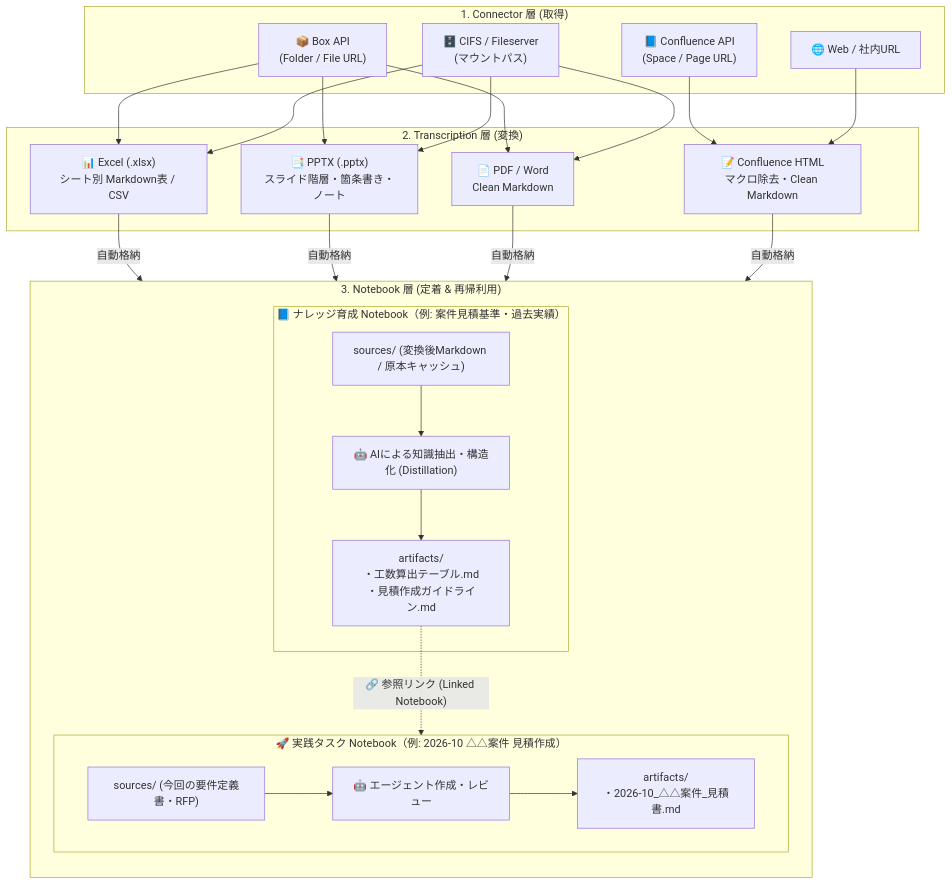
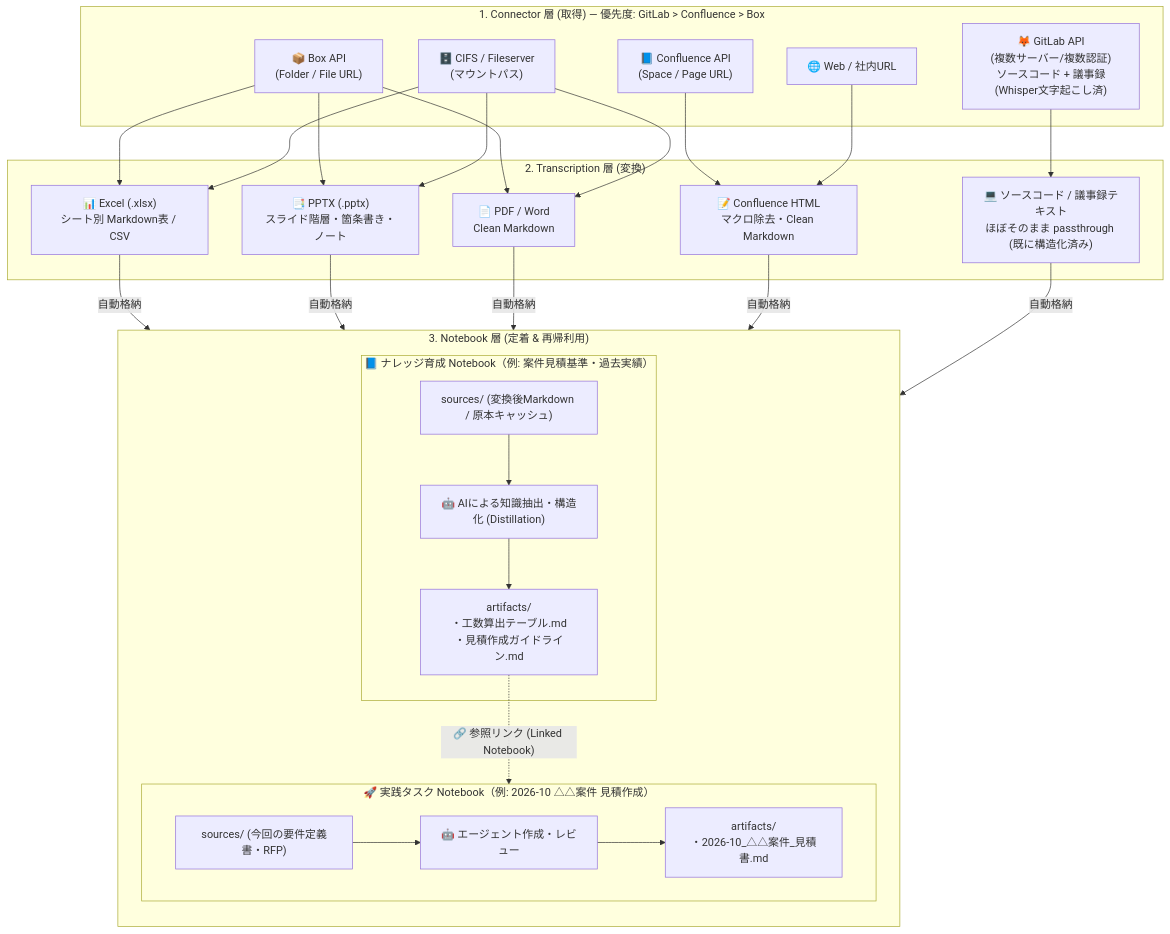
One commit to hatomachi/obsidian-ai-notebook changed the first of 2 diagrams in design-doc.md. Above: the diagram before and after it, drawn with Mermaid. The commit also changed other lines of this file and 17 other files, not shown here.

````diff
--- a/design-doc.md
+++ b/design-doc.md
@@ -160,42 +160,45 @@
 ```mermaid
 graph TD
-    subgraph Connector_Layer ["1. Connector 層 (取得)"]
+    subgraph Connector_Layer ["1. Connector 層 (取得) — 優先度: GitLab > Confluence > Box"]
+        GITLAB["🦊 GitLab API<br>(複数サーバー/複数認証)<br>ソースコード + 議事録(Whisper文字起こし済)"]
+        CONF["📘 Confluence API<br>(Space / Page URL)"]
         BOX["📦 Box API<br>(Folder / File URL)"]
-        CONF["📘 Confluence API<br>(Space / Page URL)"]
         CIFS["🗄️ CIFS / Fileserver<br>(マウントパス)"]
         WEB["🌐 Web / 社内URL"]
     end
 
     subgraph Transcription_Layer ["2. Transcription 層 (変換)"]
         P_XLS["📊 Excel (.xlsx)<br>シート別 Markdown表 / CSV"]
         P_PPT["📑 PPTX (.pptx)<br>スライド階層・箇条書き・ノート"]
         P_DOC["📄 PDF / Word<br>Clean Markdown"]
         P_CONF["📝 Confluence HTML<br>マクロ除去・Clean Markdown"]
+        P_CODE["💻 ソースコード / 議事録テキスト<br>ほぼそのまま passthrough (既に構造化済み)"]
     end
 
     subgraph Notebook_Layer ["3. Notebook 層 (定着 & 再帰利用)"]
         direction TB
         subgraph KN ["📘 ナレッジ育成 Notebook（例: 案件見積基準・過去実績）"]
             S1["sources/ (変換後Markdown / 原本キャッシュ)"]
             AI1["🤖 AIによる知識抽出・構造化 (Distillation)"]
             A1["artifacts/<br>・工数算出テーブル.md<br>・見積作成ガイドライン.md"]
             S1 --> AI1 --> A1
         end
 
         subgraph TN ["🚀 実践タスク Notebook（例: 2026-10 △△案件 見積作成）"]
             S2["sources/ (今回の要件定義書・RFP)"]
             AI2["🤖 エージェント作成・レビュー"]
             A2["artifacts/<br>・2026-10_△△案件_見積書.md"]
             S2 --> AI2 --> A2
         end
 
         A1 -.->|"🔗 参照リンク (Linked Notebook)"| TN
     end
 
     BOX --> P_XLS & P_PPT & P_DOC
     CONF --> P_CONF
     CIFS --> P_XLS & P_PPT & P_DOC
     WEB --> P_CONF
+    GITLAB --> P_CODE
 
-    P_XLS & P_PPT & P_DOC & P_CONF -->|"自動格納"| S1
+    P_XLS & P_PPT & P_DOC & P_CONF & P_CODE -->|"自動格納"| S1
 ```
````
